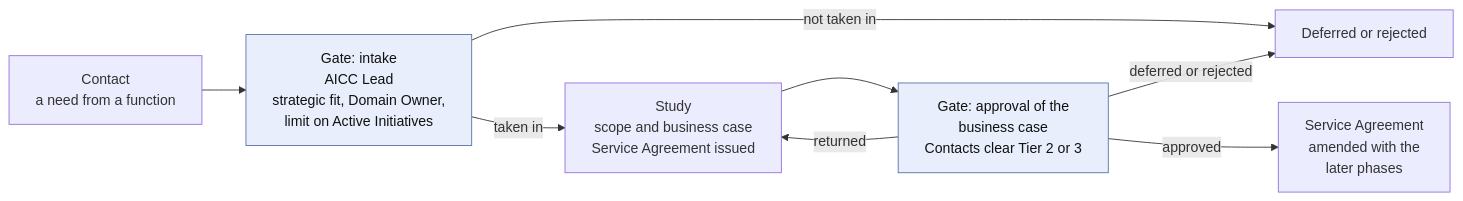
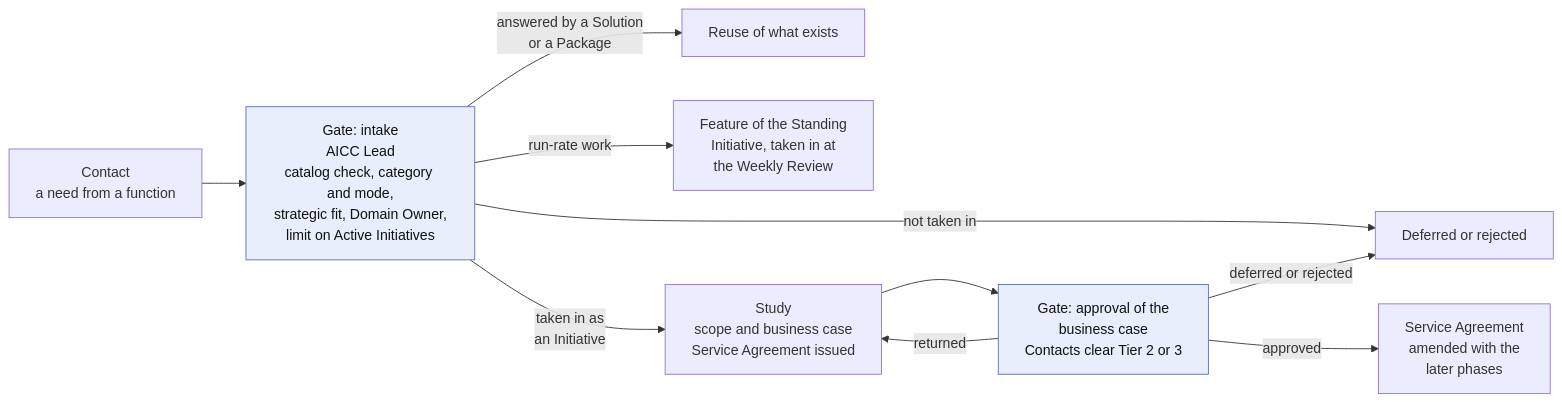
One commit to devhogu/ob-aicc changed the first of 3 diagrams in charter/workflows/engagement.md. Above: the diagram before and after it, drawn with Mermaid. The commit also changed other lines of this file and 455 other files, not shown here.

First line of the commit message:
Charter and Registry at revision 2.0: the documents carry what the portal states by intent (DR-2026-062)

````diff
--- a/charter/workflows/engagement.md
+++ b/charter/workflows/engagement.md
@@ -15,12 +15,14 @@
 ```mermaid
 flowchart LR
-  C["Contact<br/>a need from a function"] --> IN["Gate: intake<br/>AICC Lead<br/>strategic fit, Domain Owner,<br/>limit on Active Initiatives"]
-  IN -->|"taken in"| ST["Study<br/>scope and business case<br/>Service Agreement issued"]
+  C["Contact<br/>a need from a function"] --> IN["Gate: intake<br/>AICC Lead<br/>catalog check, category and mode,<br/>strategic fit, Domain Owner,<br/>limit on Active Initiatives"]
+  IN -->|"answered by a Solution<br/>or a Package"| RU["Reuse of what exists"]
+  IN -->|"run-rate work"| RR["Feature of the Standing<br/>Initiative, taken in at<br/>the Weekly Review"]
+  IN -->|"taken in as<br/>an Initiative"| ST["Study<br/>scope and business case<br/>Service Agreement issued"]
   IN -->|"not taken in"| DR["Deferred or rejected"]
   ST --> AP["Gate: approval of the<br/>business case<br/>Contacts clear Tier 2 or 3"]
   AP -->|"returned"| ST
   AP -->|"deferred or rejected"| DR
   AP -->|"approved"| SA["Service Agreement<br/>amended with the<br/>later phases"]
   classDef gate fill:#e8eefc,stroke:#5a6fa8,color:#111
   class IN,AP gate
 ```
````
